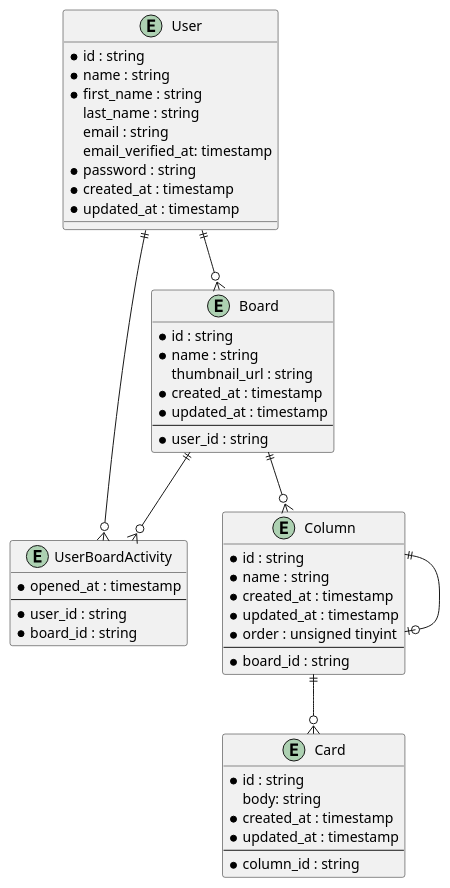
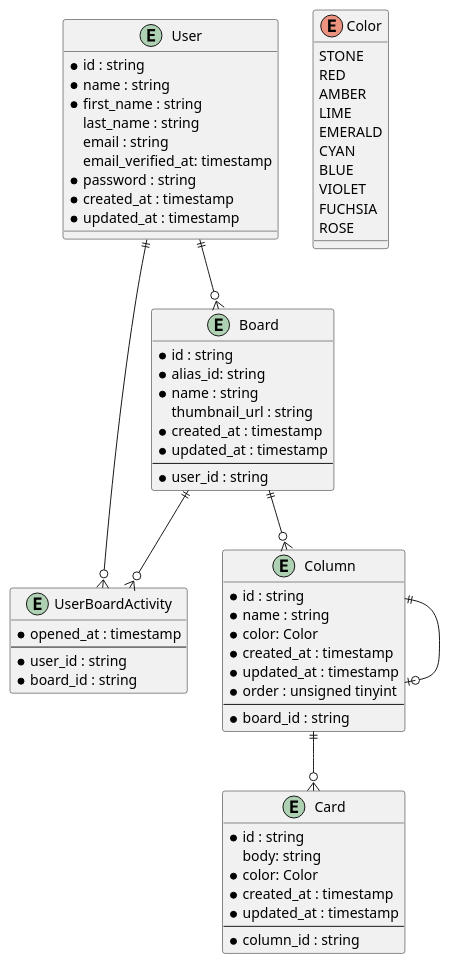
One commit to stackpan/stageboard changed the diagram in docs/erd.puml. Above: the diagram before and after it, drawn with PlantUML. The commit also changed 7 other files, not shown here.

```diff
--- a/docs/erd.puml
+++ b/docs/erd.puml
@@ -1,58 +1,74 @@
 @startuml Kanban App Project Entity Relationship Diagram
 
 entity User {
     * id : string
     * name : string
     * first_name : string
     last_name : string
     email : string
     email_verified_at: timestamp
     * password : string
     * created_at : timestamp
     * updated_at : timestamp
 }
 
 entity Board {
     * id : string
+    * alias_id: string
     * name : string
     thumbnail_url : string
     * created_at : timestamp
     * updated_at : timestamp
     ---
     * user_id : string
 }
 
 entity UserBoardActivity {
     * opened_at : timestamp
     ---
     * user_id : string
     * board_id : string
 }
 
 entity Column {
     * id : string
     * name : string
+    * color: Color
     * created_at : timestamp
     * updated_at : timestamp
     * order : unsigned tinyint
     ---
     * board_id : string
 }
 
 entity Card {
     * id : string
     body: string
+    * color: Color
     * created_at : timestamp
     * updated_at : timestamp
     ---
     * column_id : string
+}
+
+enum Color {
+    STONE
+    RED
+    AMBER
+    LIME
+    EMERALD
+    CYAN
+    BLUE
+    VIOLET
+    FUCHSIA
+    ROSE
 }
 
 User ||--o{ Board
 User ||--o{ UserBoardActivity
 Board ||--o{ UserBoardActivity
 Board ||--o{ Column
 Column ||--o| Column
 Column ||--o{ Card
 
 @enduml
```
